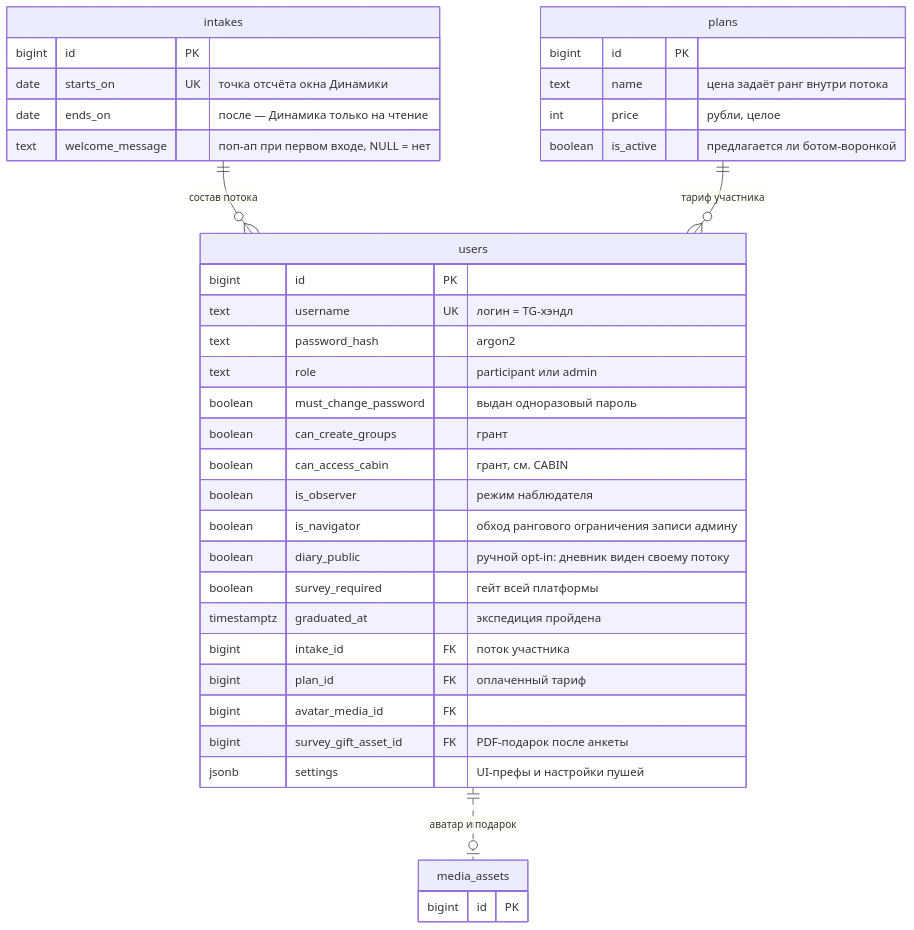
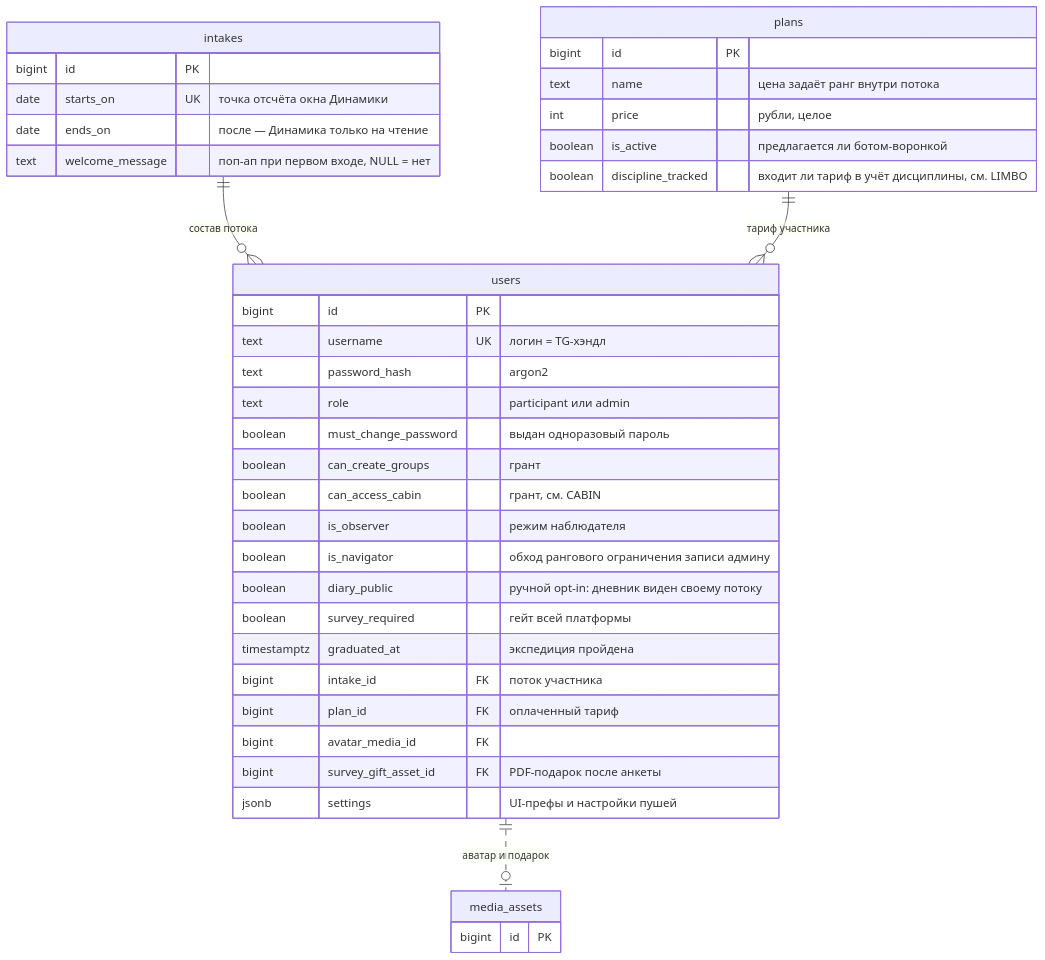
The second of 20 diagrams in docs/ARCHITECTURE.md (code-tamer3000/argonautica-platfrorm), drawn with Mermaid before and after one commit. The commit also changed other lines of this file, not shown here.

First line of the commit message:
docs(architecture): добавить discipline_tracked в схему plans

````diff
--- a/docs/ARCHITECTURE.md
+++ b/docs/ARCHITECTURE.md
@@ -140,41 +140,42 @@
 ```mermaid
 erDiagram
     users {
         bigint id PK
         text username UK "логин = TG-хэндл"
         text password_hash "argon2"
         text role "participant или admin"
         boolean must_change_password "выдан одноразовый пароль"
         boolean can_create_groups "грант"
         boolean can_access_cabin "грант, см. CABIN"
         boolean is_observer "режим наблюдателя"
         boolean is_navigator "обход рангового ограничения записи админу"
         boolean diary_public "ручной opt-in: дневник виден своему потоку"
         boolean survey_required "гейт всей платформы"
         timestamptz graduated_at "экспедиция пройдена"
         bigint intake_id FK "поток участника"
         bigint plan_id FK "оплаченный тариф"
         bigint avatar_media_id FK
         bigint survey_gift_asset_id FK "PDF-подарок после анкеты"
         jsonb settings "UI-префы и настройки пушей"
     }
     intakes {
         bigint id PK
         date starts_on UK "точка отсчёта окна Динамики"
         date ends_on "после — Динамика только на чтение"
         text welcome_message "поп-ап при первом входе, NULL = нет"
     }
     plans {
         bigint id PK
         text name "цена задаёт ранг внутри потока"
         int price "рубли, целое"
         boolean is_active "предлагается ли ботом-воронкой"
+        boolean discipline_tracked "входит ли тариф в учёт дисциплины, см. LIMBO"
     }
     media_assets {
         bigint id PK
     }
 
     intakes ||--o{ users : "состав потока"
     plans ||--o{ users : "тариф участника"
     users ||..o| media_assets : "аватар и подарок"
 ```
````
